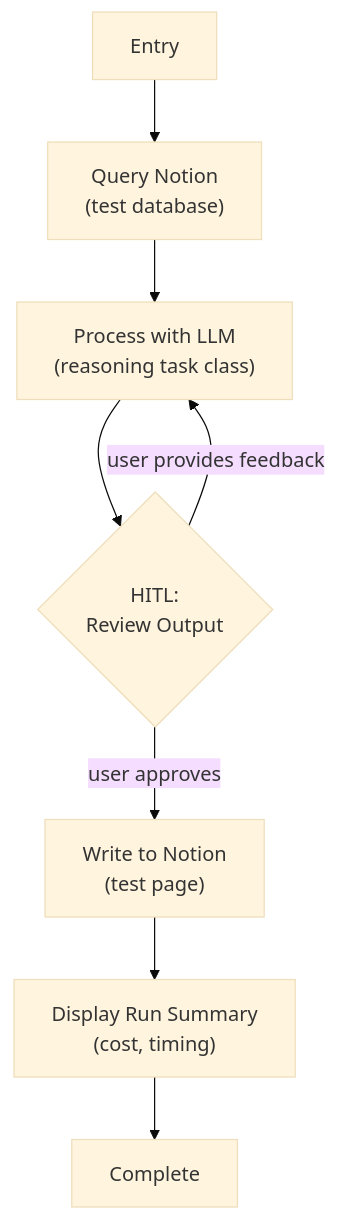
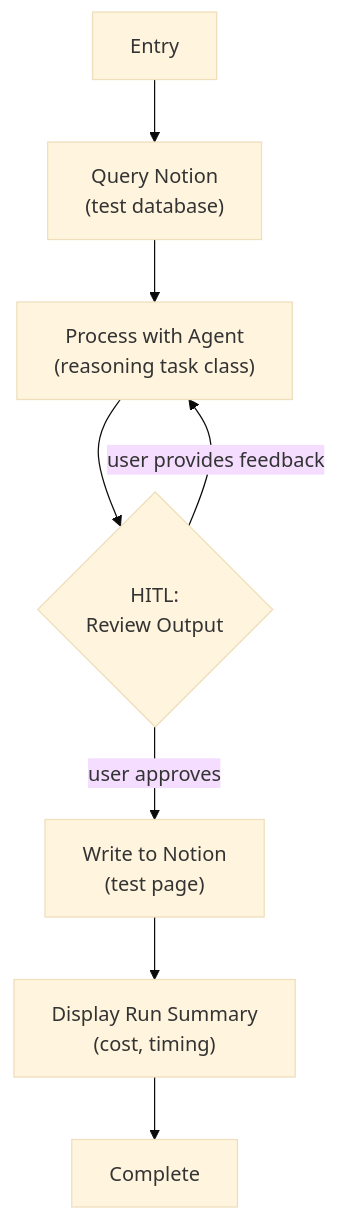
The diagram in specs/steps/step-0d-end-to-end.md (faolitarna/weekforge), drawn with Mermaid (base theme) before and after one commit. The commit also changed other lines of this file and 21 other files, not shown here.

````diff
--- a/specs/steps/step-0d-end-to-end.md
+++ b/specs/steps/step-0d-end-to-end.md
@@ -22,10 +22,10 @@
 ```mermaid
 graph TD
     A["Entry"] --> B["Query Notion\n(test database)"]
-    B --> C["Process with LLM\n(reasoning task class)"]
+    B --> C["Process with Agent\n(reasoning task class)"]
     C --> D{"HITL:\nReview Output"}
     D -->|"user provides feedback"| C
     D -->|"user approves"| E["Write to Notion\n(test page)"]
     E --> F["Display Run Summary\n(cost, timing)"]
     F --> G["Complete"]
 ```
````
